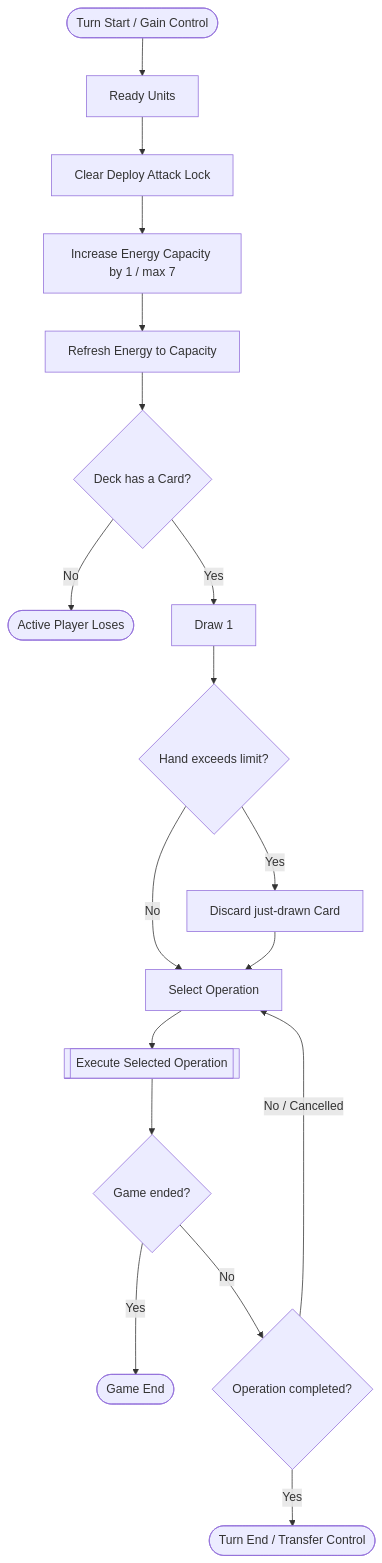
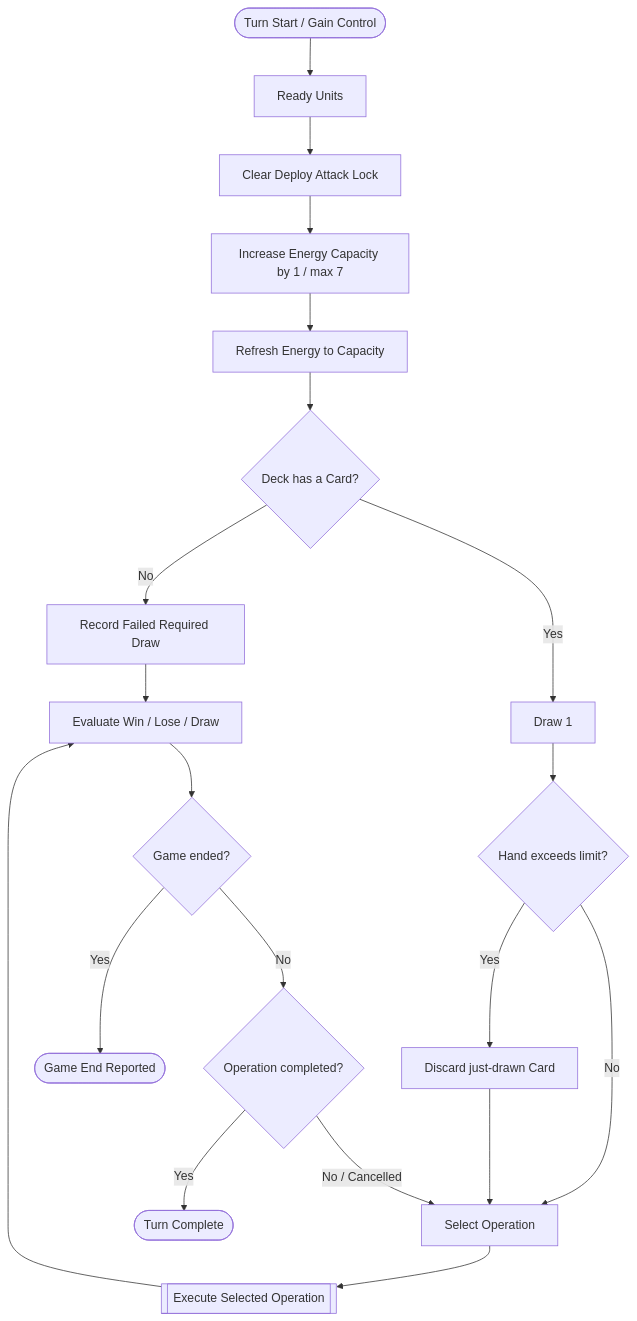
One commit to kjun1/card-game changed the diagram in docs/process/turn-flow.md. Above: the diagram before and after it, drawn with Mermaid. The commit also changed other lines of this file and 8 other files, not shown here.

```diff
--- a/docs/process/turn-flow.md
+++ b/docs/process/turn-flow.md
@@ -19,20 +19,22 @@
 ~~~mermaid
 flowchart TD
     S([Turn Start / Gain Control]) --> R[Ready Units]
     R --> L[Clear Deploy Attack Lock]
     L --> U[Increase Energy Capacity by 1 / max 7]
     U --> E[Refresh Energy to Capacity]
     E --> Q{Deck has a Card?}
-    Q -- No --> X([Active Player Loses])
+    Q -- No --> X[Record Failed Required Draw]
+    X --> V[Evaluate Win / Lose / Draw]
     Q -- Yes --> D[Draw 1]
     D --> H{Hand exceeds limit?}
     H -- Yes --> HD[Discard just-drawn Card]
     H -- No --> O[Select Operation]
     HD --> O
     O --> P[[Execute Selected Operation]]
-    P --> G{Game ended?}
-    G -- Yes --> GE([Game End])
+    P --> V
+    V --> G{Game ended?}
+    G -- Yes --> GE([Game End Reported])
     G -- No --> F{Operation completed?}
     F -- No / Cancelled --> O
-    F -- Yes --> T([Turn End / Transfer Control])
+    F -- Yes --> T([Turn Complete])
 ~~~
```
